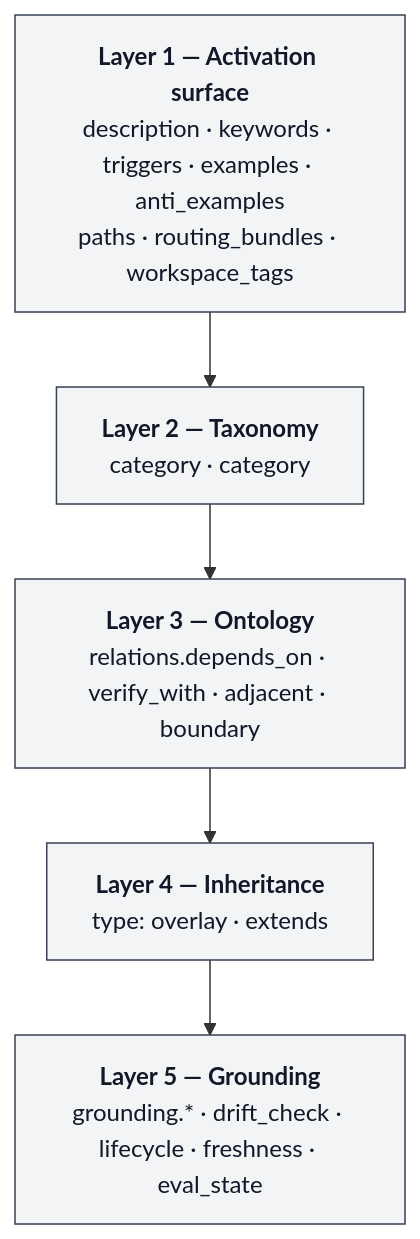
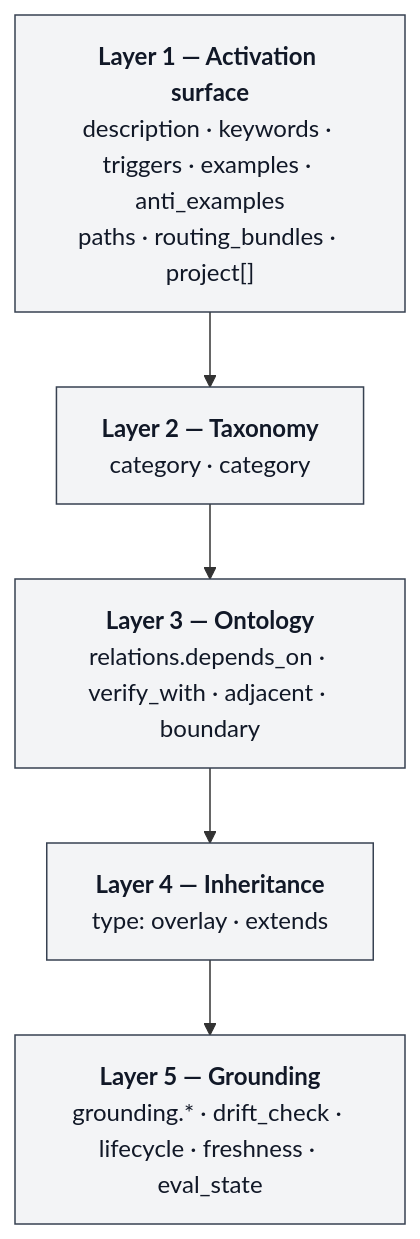
One commit to jacob-balslev/skill-graph changed the diagram in docs/PRIMER.md. Above: the diagram before and after it, drawn with Mermaid. The commit also changed other lines of this file and 6 other files, not shown here.

First line of the commit message:
docs(v8): sweep stale scope/domain/workspace_tags vocab from onboarding docs

````diff
--- a/docs/PRIMER.md
+++ b/docs/PRIMER.md
@@ -110,13 +110,13 @@
 ```mermaid
 flowchart TB
-  L1["<b>Layer 1 — Activation surface</b><br/>description · keywords · triggers · examples · anti_examples<br/>paths · routing_bundles · workspace_tags"]
+  L1["<b>Layer 1 — Activation surface</b><br/>description · keywords · triggers · examples · anti_examples<br/>paths · routing_bundles · project[]"]
   L2["<b>Layer 2 — Taxonomy</b><br/>category · category"]
   L3["<b>Layer 3 — Ontology</b><br/>relations.depends_on · verify_with · adjacent · boundary"]
   L4["<b>Layer 4 — Inheritance</b><br/>type: overlay · extends"]
   L5["<b>Layer 5 — Grounding</b><br/>grounding.* · drift_check · lifecycle · freshness · eval_state"]
 
   L1 --> L2 --> L3 --> L4 --> L5
 
   classDef layer fill:#f3f4f6,stroke:#374151,color:#111827
   class L1,L2,L3,L4,L5 layer
 ```
````
